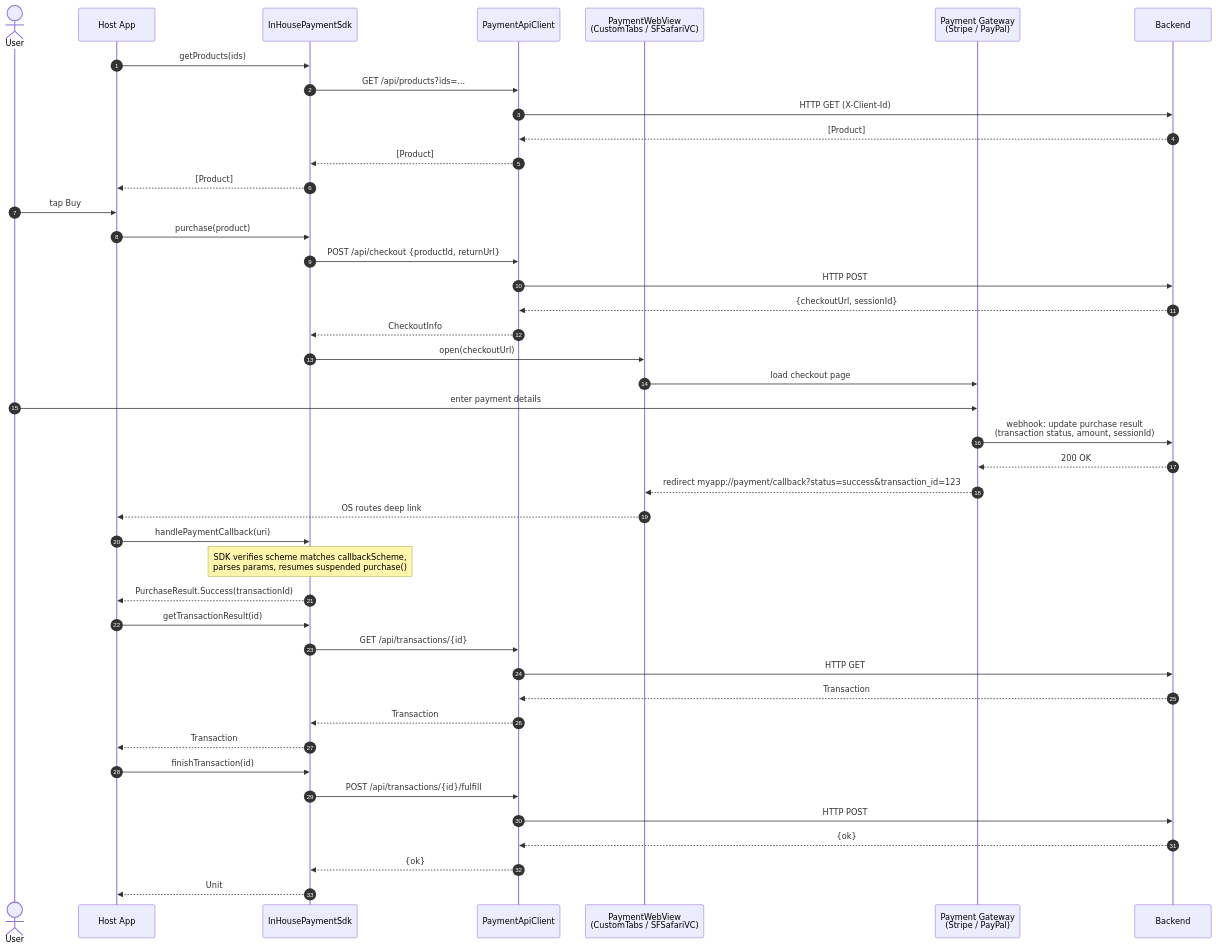
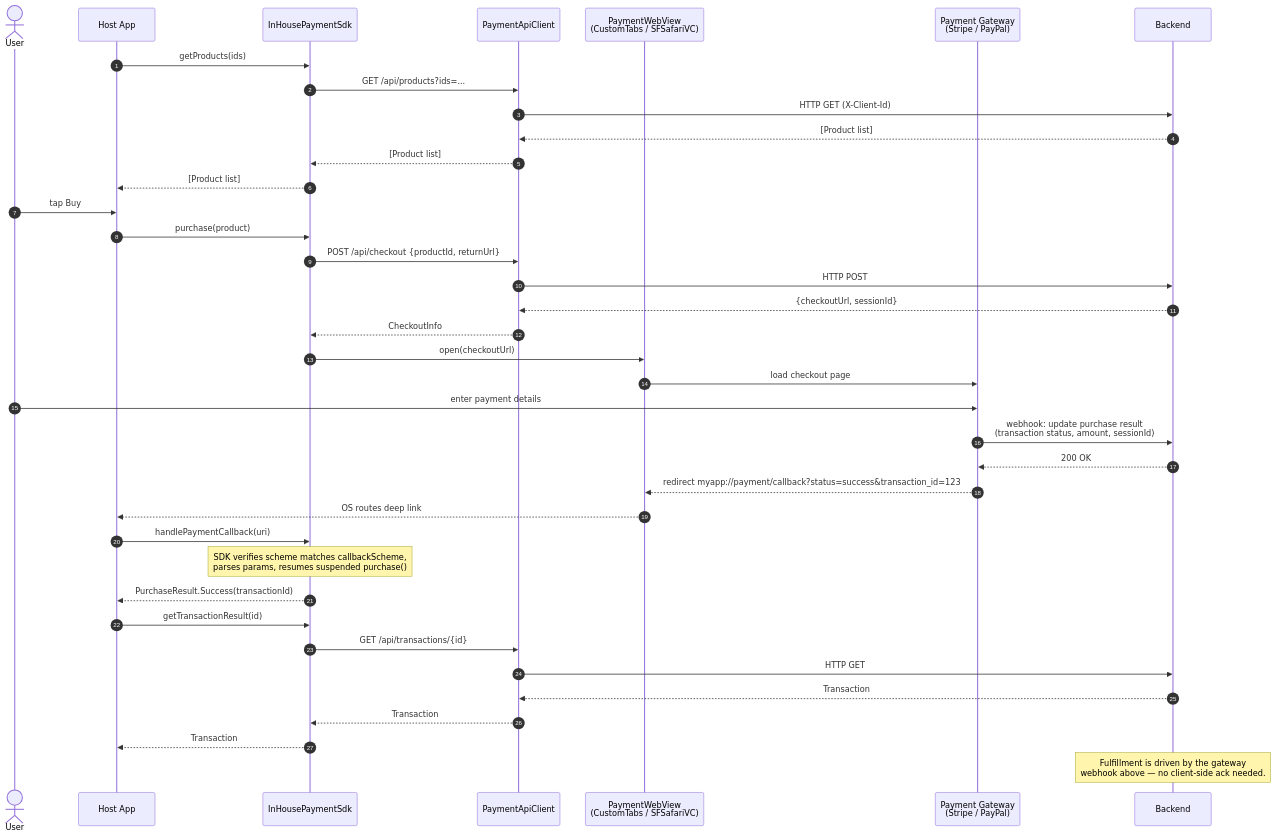
Before and after one commit to KhangTranUney/SharedPaymentSdk: the first of 2 diagrams in README.md, drawn with Mermaid. The commit also changed other lines of this file and 7 other files, not shown here.

First line of the commit message:
Hide ack/finish inside getTransactionResult; document store->BE push

````diff
--- a/README.md
+++ b/README.md
@@ -143,49 +144,43 @@
 ```mermaid
 sequenceDiagram
     autonumber
     actor User
     participant App as Host App
     participant SDK as InHousePaymentSdk
     participant API as PaymentApiClient
     participant Web as PaymentWebView<br/>(CustomTabs / SFSafariVC)
     participant GW as Payment Gateway<br/>(Stripe / PayPal)
     participant BE as Backend
 
     App->>SDK: getProducts(ids)
     SDK->>API: GET /api/products?ids=...
     API->>BE: HTTP GET (X-Client-Id)
-    BE-->>API: [Product]
-    API-->>SDK: [Product]
-    SDK-->>App: [Product]
+    BE-->>API: [Product list]
+    API-->>SDK: [Product list]
+    SDK-->>App: [Product list]
 
     User->>App: tap Buy
     App->>SDK: purchase(product)
     SDK->>API: POST /api/checkout {productId, returnUrl}
     API->>BE: HTTP POST
     BE-->>API: {checkoutUrl, sessionId}
     API-->>SDK: CheckoutInfo
     SDK->>Web: open(checkoutUrl)
     Web->>GW: load checkout page
     User->>GW: enter payment details
     GW->>BE: webhook: update purchase result<br/>(transaction status, amount, sessionId)
     BE-->>GW: 200 OK
     GW-->>Web: redirect myapp://payment/callback?status=success&transaction_id=123
     Web-->>App: OS routes deep link
     App->>SDK: handlePaymentCallback(uri)
     Note over SDK: SDK verifies scheme matches callbackScheme,<br/>parses params, resumes suspended purchase()
     SDK-->>App: PurchaseResult.Success(transactionId)
 
     App->>SDK: getTransactionResult(id)
     SDK->>API: GET /api/transactions/{id}
     API->>BE: HTTP GET
     BE-->>API: Transaction
     API-->>SDK: Transaction
     SDK-->>App: Transaction
-
-    App->>SDK: finishTransaction(id)
-    SDK->>API: POST /api/transactions/{id}/fulfill
-    API->>BE: HTTP POST
-    BE-->>API: {ok}
-    API-->>SDK: {ok}
-    SDK-->>App: Unit
+    Note over BE: Fulfillment is driven by the gateway<br/>webhook above — no client-side ack needed.
 ```
````
